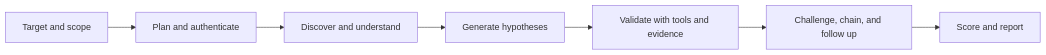
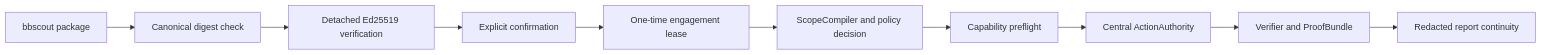
Before and after one commit to ElgendyMan/webpent-v61: the diagram in README.md, drawn with Mermaid. The commit also changed other lines of this file, not shown here.

````diff
--- a/README.md
+++ b/README.md
@@ -40,9 +33,12 @@
 ```mermaid
 flowchart LR
-    input[Target and scope] --> plan[Plan and authenticate]
-    plan --> discover[Discover and understand]
-    discover --> hypotheses[Generate hypotheses]
-    hypotheses --> validate[Validate with tools and evidence]
-    validate --> review[Challenge, chain, and follow up]
-    review --> report[Score and report]
+    source[bbscout package] --> digest[Canonical digest check]
+    digest --> signature[Detached Ed25519 verification]
+    signature --> confirm[Explicit confirmation]
+    confirm --> lease[One-time engagement lease]
+    lease --> scope[ScopeCompiler and policy decision]
+    scope --> capability[Capability preflight]
+    capability --> authority[Central ActionAuthority]
+    authority --> proof[Verifier and ProofBundle]
+    proof --> report[Redacted report continuity]
 ```
````
